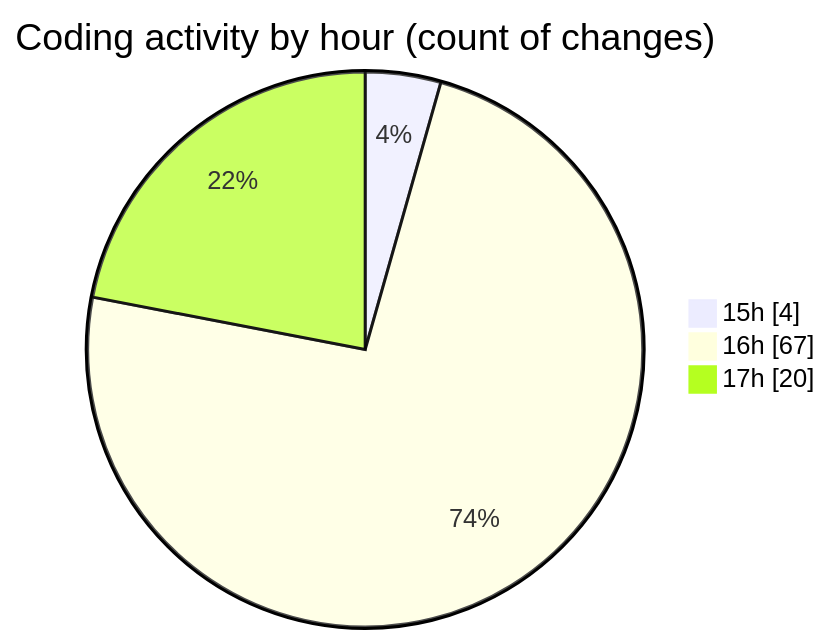
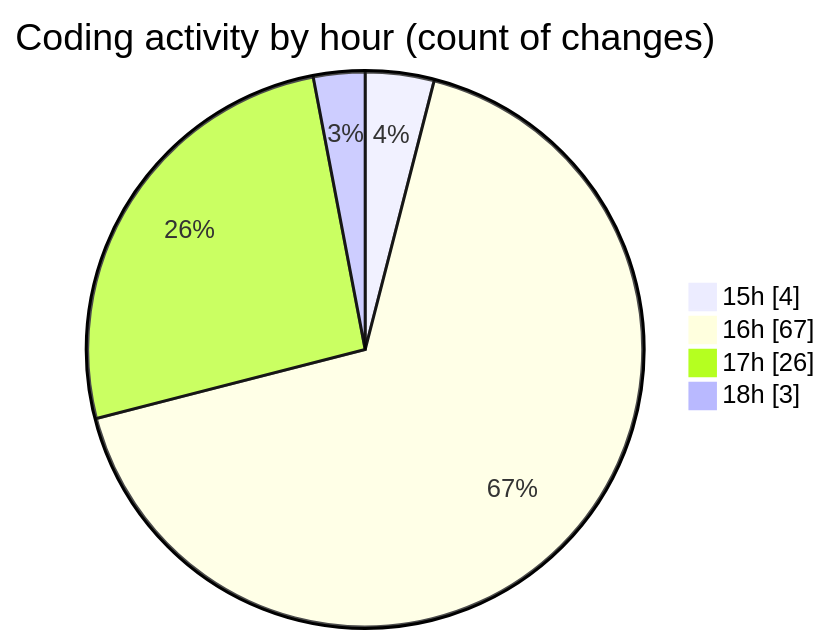
Before and after one commit to Ritupan-Deka/code-tracking: the second of 2 diagrams in 2025-05-26/zip_file/README.md, drawn with Mermaid. The commit also changed other lines of this file and 1 other file, not shown here.

````diff
--- a/2025-05-26/zip_file/README.md
+++ b/2025-05-26/zip_file/README.md
@@ -40,7 +40,8 @@
 ```mermaid
 pie showData
 title Coding activity by hour (count of changes)
 "15h" : 4
 "16h" : 67
-"17h" : 20
+"17h" : 26
+"18h" : 3
 ```
````
